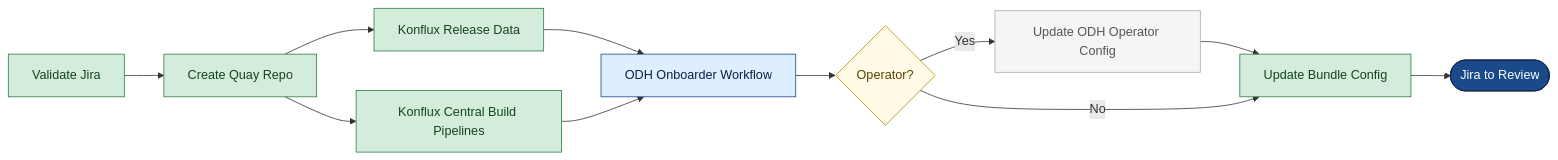
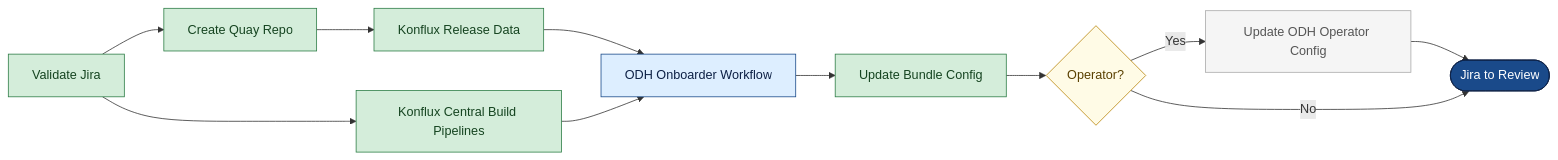
One commit to jstetina/aiops-infra changed the first of 3 diagrams in docs/rfds/odh-component-onboarding/flow-diagrams-lr.md. Above: the diagram before and after it, drawn with Mermaid. The commit also changed other lines of this file, not shown here.

````diff
--- a/docs/rfds/odh-component-onboarding/flow-diagrams-lr.md
+++ b/docs/rfds/odh-component-onboarding/flow-diagrams-lr.md
@@ -7,28 +7,26 @@
 ```mermaid
 flowchart LR
     classDef both    fill:#D4EDDA,stroke:#2D7D46,color:#154420
     classDef odhOnly fill:#DDEEFF,stroke:#1A4A8A,color:#0d2045
     classDef cond    fill:#F5F5F5,stroke:#AAAAAA,color:#555555
     classDef done    fill:#1A4A8A,stroke:#0d2045,color:#FFFFFF
     classDef decide  fill:#FFFBE6,stroke:#B8860B,color:#5a4000
 
     S1[Validate Jira]:::both
     S2[Create Quay Repo]:::both
     S3[Konflux Release Data]:::both
     S4[Konflux Central Build Pipelines]:::both
     S5[ODH Onboarder Workflow]:::odhOnly
+    S6[Update Bundle Config]:::both
     OP{Operator?}:::decide
-    S6[Update ODH Operator Config]:::cond
-    S7[Update Bundle Config]:::both
+    S7[Update ODH Operator Config]:::cond
     DONE([Jira to Review]):::done
 
     S1 --> S2 --> S3
-    S2 --> S4
+    S1 --> S4
     S3 --> S5
     S4 --> S5
-    S5 --> OP
-    OP -->|Yes| S6
-    S6 --> S7
-    OP -->|No| S7
-    S7 --> DONE
+    S5 --> S6 --> OP
+    OP -->|Yes| S7 --> DONE
+    OP -->|No| DONE
 ```
````
